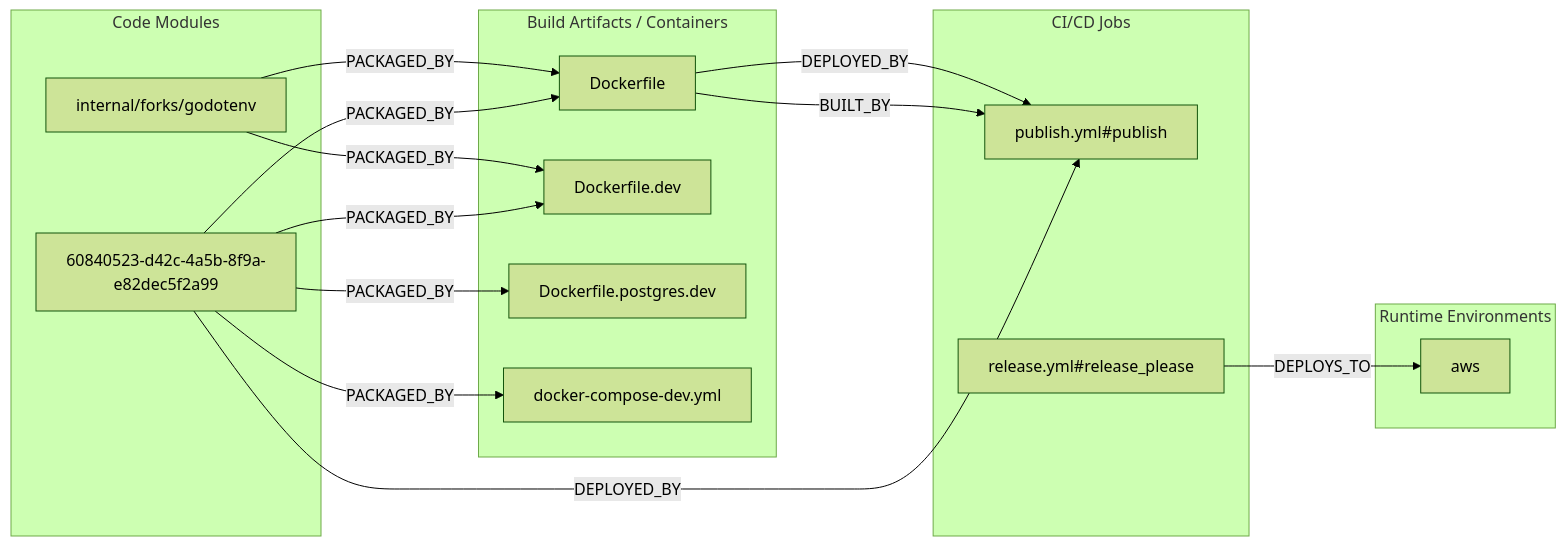
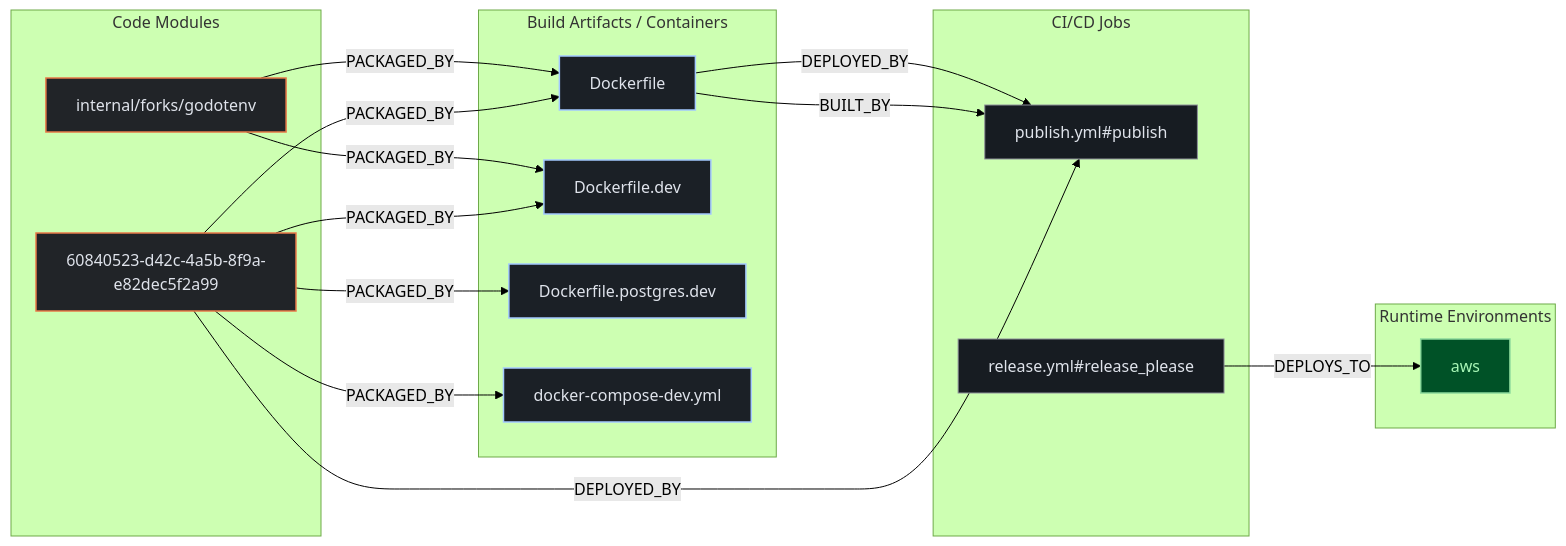
One commit to kumarshaz/atruss-code-atlas changed the second of 3 diagrams in exports/latest/reports/supabase-auth-report.md. Above: the diagram before and after it, drawn with Mermaid (forest theme). The commit also changed other lines of this file and 331 other files, not shown here.

Commit message:
docs,ui,fix: update SDLC docs, reorder CI/CD DAG first, stylize Mermaid, and fix Arc42 pipeline topology

````diff
--- a/exports/latest/reports/supabase-auth-report.md
+++ b/exports/latest/reports/supabase-auth-report.md
@@ -220,30 +227,34 @@
 ```mermaid
 flowchart LR
+    classDef atlasCategory fill:#212428,stroke:#E87A48,stroke-width:1.5px,color:#dfe3eb
+    classDef atlasWorkflow fill:#1b2026,stroke:#a3c9ff,stroke-width:1.5px,color:#dfe3eb
+    classDef atlasJob fill:#171c22,stroke:#8d9199,stroke-width:1px,color:#dfe3eb
+    classDef atlasTarget fill:#005227,stroke:#8bd99b,stroke-width:1.5px,color:#a7f6b6
     subgraph code_modules["Code Modules"]
-        mod_60840523_d42c_4a5b_8f9a_e82dec5f2a99["60840523-d42c-4a5b-8f9a-e82dec5f2a99"]
-        mod_internal_forks_godotenv["internal/forks/godotenv"]
+        mod_60840523_d42c_4a5b_8f9a_e82dec5f2a99["60840523-d42c-4a5b-8f9a-e82dec5f2a99"]:::atlasCategory
+        mod_internal_forks_godotenv["internal/forks/godotenv"]:::atlasCategory
     end
     subgraph build_artifacts["Build Artifacts / Containers"]
-        art_Dockerfile["Dockerfile"]
-        art_Dockerfile_dev["Dockerfile.dev"]
-        art_Dockerfile_postgres_dev["Dockerfile.postgres.dev"]
-        art_docker_compose_dev_yml["docker-compose-dev.yml"]
+        art_Dockerfile["Dockerfile"]:::atlasWorkflow
+        art_Dockerfile_dev["Dockerfile.dev"]:::atlasWorkflow
+        art_Dockerfile_postgres_dev["Dockerfile.postgres.dev"]:::atlasWorkflow
+        art_docker_compose_dev_yml["docker-compose-dev.yml"]:::atlasWorkflow
     end
     subgraph ci_jobs["CI/CD Jobs"]
-        job_publish_yml_publish["publish.yml#publish"]
-        job_release_yml_release_please["release.yml#release_please"]
+        job_publish_yml_publish["publish.yml#publish"]:::atlasJob
+        job_release_yml_release_please["release.yml#release_please"]:::atlasJob
     end
     subgraph runtime_envs["Runtime Environments"]
-        env_aws["aws"]
+        env_aws["aws"]:::atlasTarget
     end
     job_release_yml_release_please -->|DEPLOYS_TO| env_aws
     mod_60840523_d42c_4a5b_8f9a_e82dec5f2a99 -->|DEPLOYED_BY| job_publish_yml_publish
     mod_60840523_d42c_4a5b_8f9a_e82dec5f2a99 -->|PACKAGED_BY| art_Dockerfile
     mod_60840523_d42c_4a5b_8f9a_e82dec5f2a99 -->|PACKAGED_BY| art_Dockerfile_dev
     mod_60840523_d42c_4a5b_8f9a_e82dec5f2a99 -->|PACKAGED_BY| art_Dockerfile_postgres_dev
     mod_60840523_d42c_4a5b_8f9a_e82dec5f2a99 -->|PACKAGED_BY| art_docker_compose_dev_yml
     mod_internal_forks_godotenv -->|PACKAGED_BY| art_Dockerfile
     mod_internal_forks_godotenv -->|PACKAGED_BY| art_Dockerfile_dev
     art_Dockerfile -->|BUILT_BY| job_publish_yml_publish
     art_Dockerfile -->|DEPLOYED_BY| job_publish_yml_publish
 ```
````
